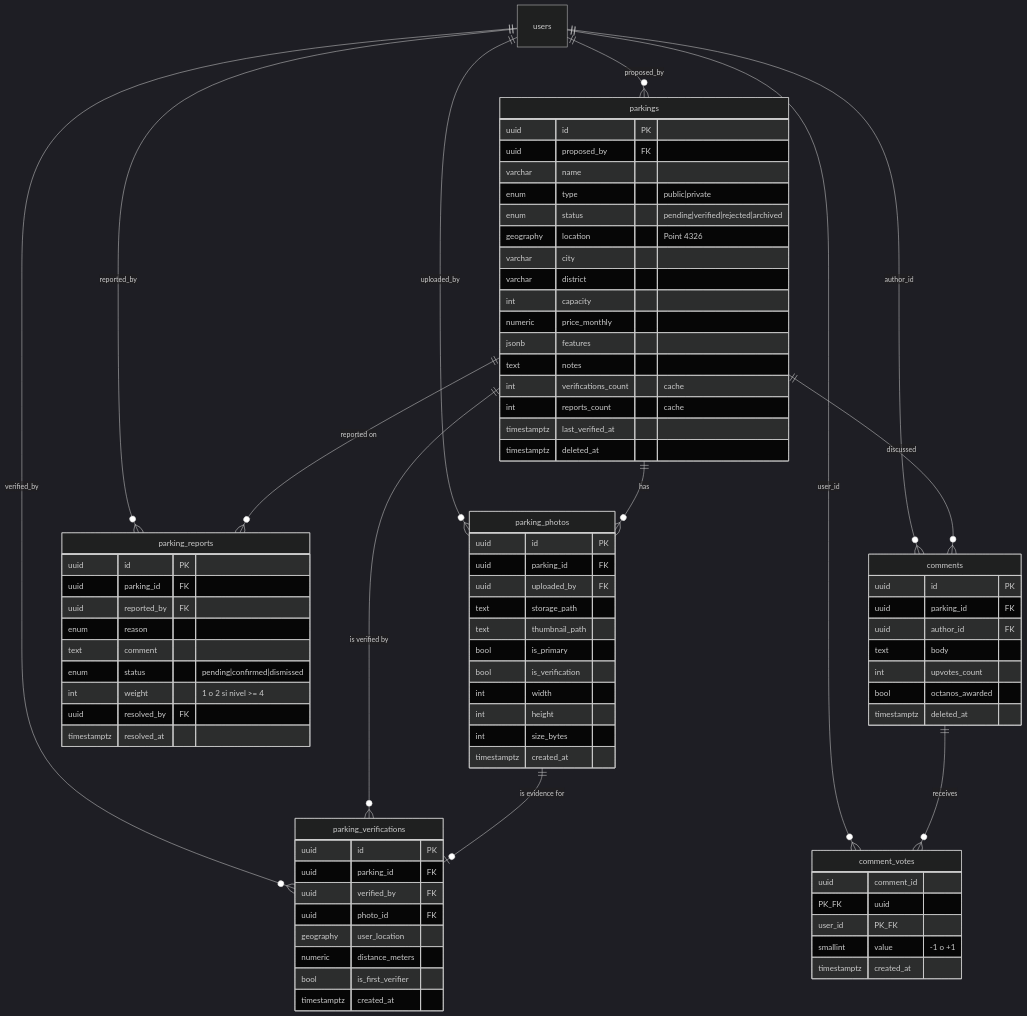
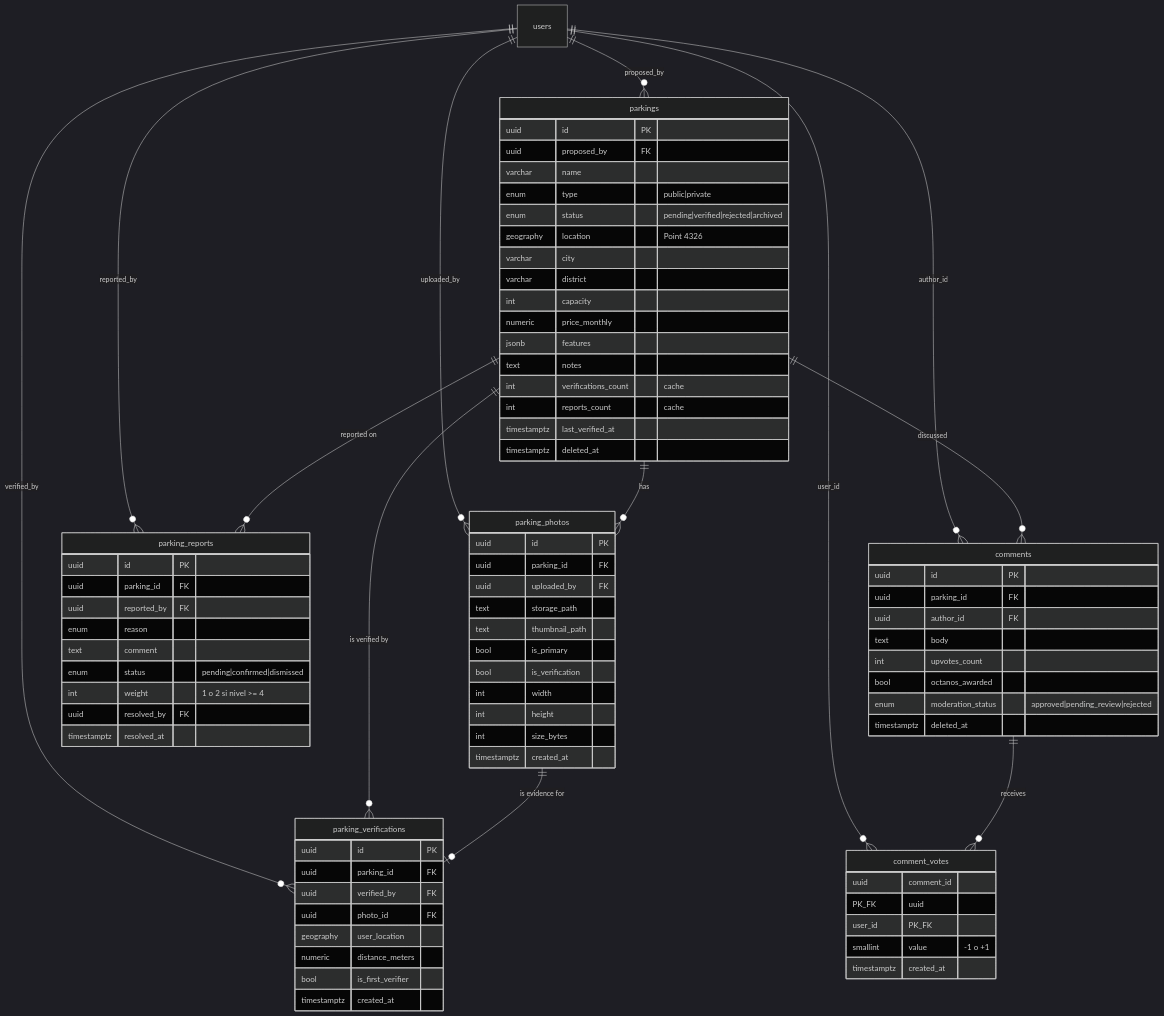
Before and after one commit to curringas/motociudad: the third of 8 diagrams in docs/modelo-datos.md, drawn with Mermaid (dark theme). The commit also changed 46 other files, not shown here.

```diff
--- a/docs/modelo-datos.md
+++ b/docs/modelo-datos.md
@@ -320,6 +320,7 @@
         text body
         int upvotes_count
         bool octanos_awarded
+        enum moderation_status "approved|pending_review|rejected"
         timestamptz deleted_at
     }
 
```
